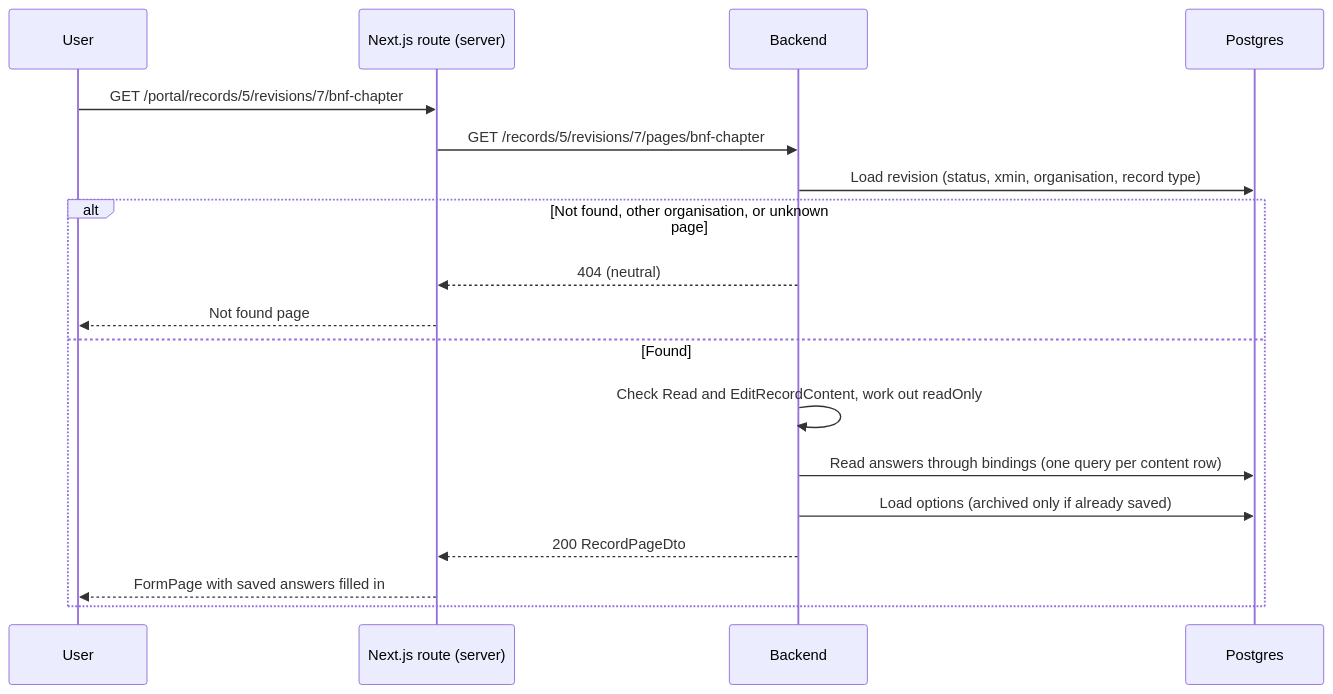
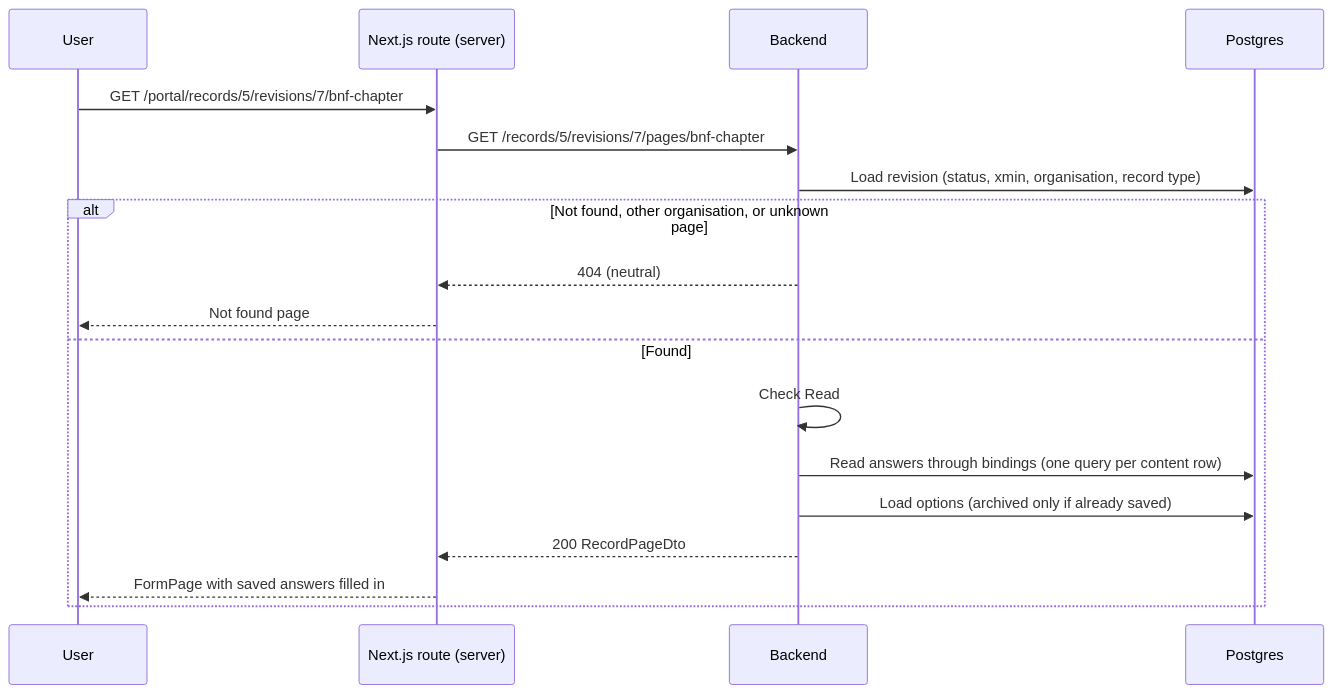
The fifth of 6 diagrams in documentation/form-generation/high-level-design.md (ditnice/aws-UKPS), drawn with Mermaid before and after one commit. The commit also changed other lines of this file and 18 other files, not shown here.

Commit message:
Remove read-only pages from form generation; non-draft saves are still rejected

````diff
--- a/documentation/form-generation/high-level-design.md
+++ b/documentation/form-generation/high-level-design.md
@@ -444,20 +445,20 @@
 ```mermaid
 sequenceDiagram
     participant U as User
     participant R as Next.js route (server)
     participant B as Backend
     participant P as Postgres
     U->>R: GET /portal/records/5/revisions/7/bnf-chapter
     R->>B: GET /records/5/revisions/7/pages/bnf-chapter
     B->>P: Load revision (status, xmin, organisation, record type)
     alt Not found, other organisation, or unknown page
         B-->>R: 404 (neutral)
         R-->>U: Not found page
     else Found
-        B->>B: Check Read and EditRecordContent, work out readOnly
+        B->>B: Check Read
         B->>P: Read answers through bindings (one query per content row)
         B->>P: Load options (archived only if already saved)
         B-->>R: 200 RecordPageDto
         R-->>U: FormPage with saved answers filled in
     end
 ```
````
